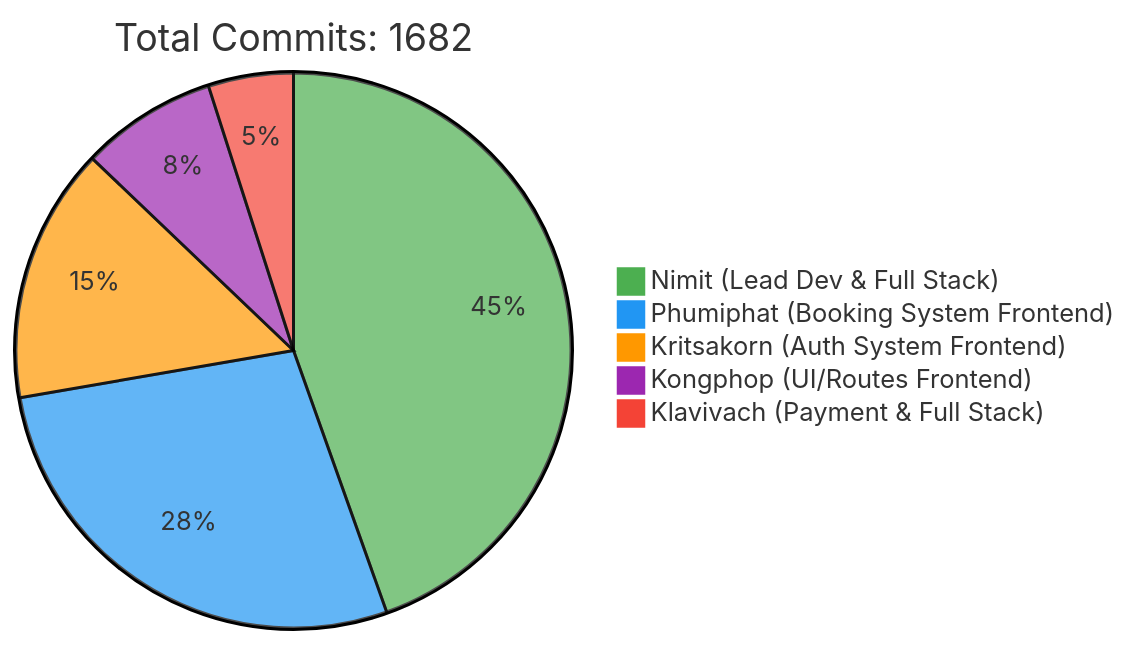
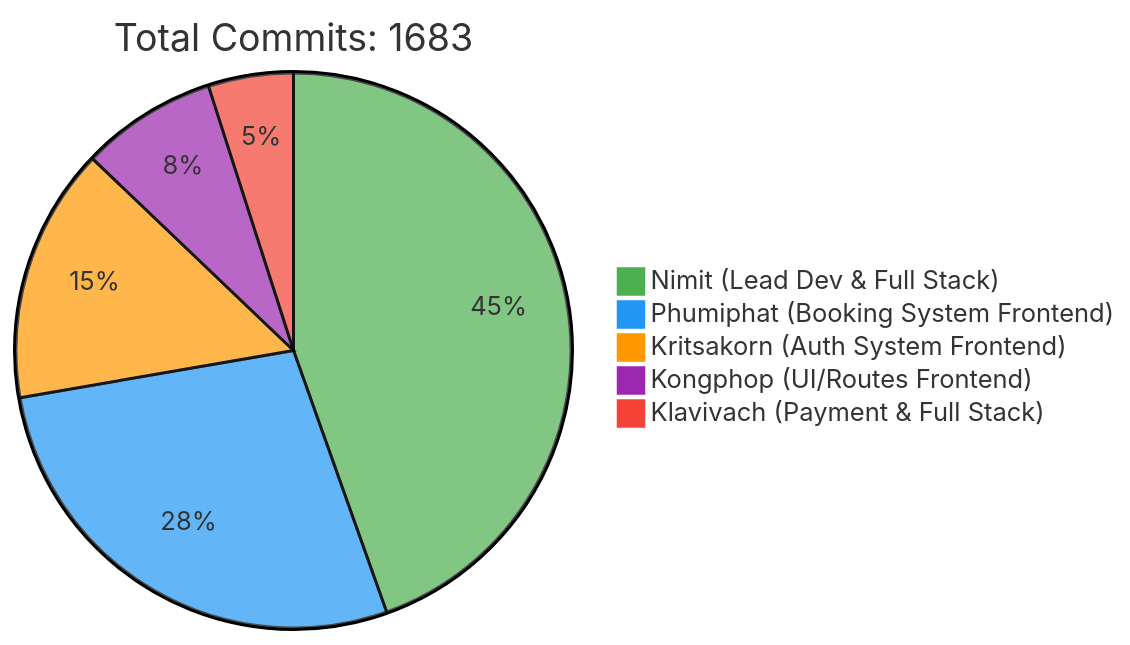
One commit to 6531503042/Sport-Complex changed the first of 2 diagrams in README.md. Above: the diagram before and after it, drawn with Mermaid. The commit also changed other lines of this file, not shown here.

Commit message:
docs: Update contributor statistics [skip ci]

````diff
--- a/README.md
+++ b/README.md
@@ -257,10 +257,10 @@
 ```mermaid
 %%{init: {'theme': 'base', 'themeVariables': { 'pie1': '#4CAF50', 'pie2': '#2196F3', 'pie3': '#FF9800', 'pie4': '#9C27B0', 'pie5': '#F44336'}}}%%
 pie
-    title Total Commits: 1682
+    title Total Commits: 1683
     "Nimit (Lead Dev & Full Stack)" : 450
     "Phumiphat (Booking System Frontend)" : 280
     "Kritsakorn (Auth System Frontend)" : 150
     "Kongphop (UI/Routes Frontend)" : 80
     "Klavivach (Payment & Full Stack)" : 50
 ```
````
